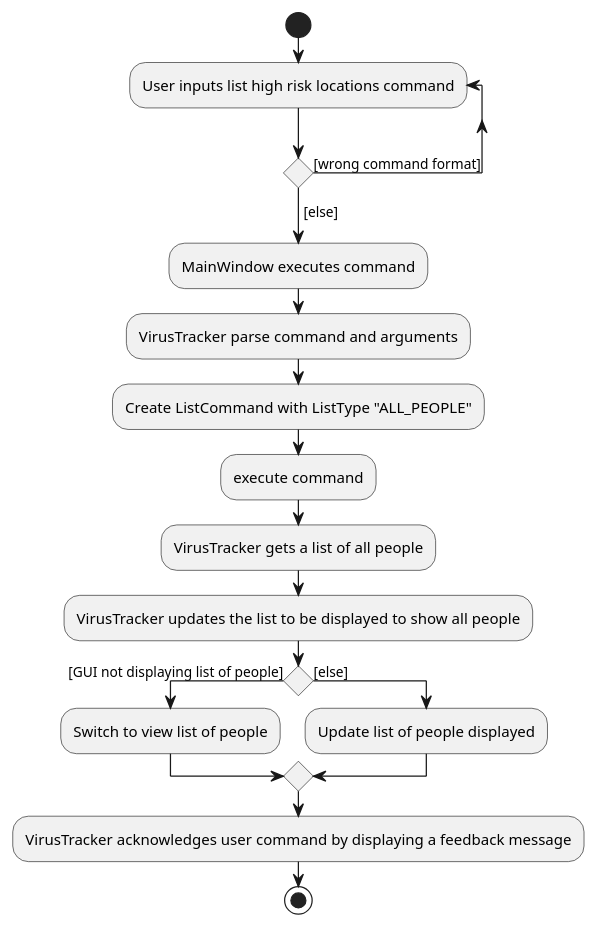
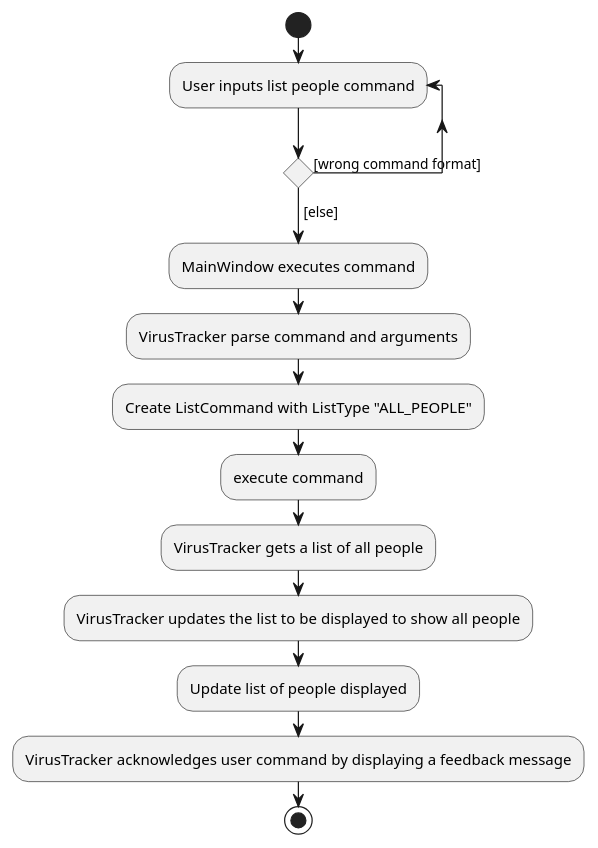
One commit to siangernlow/tp changed the diagram in docs/diagrams/DisplayListOfAllPeopleActivityDiagram.puml. Above: the diagram before and after it, drawn with PlantUML. The commit also changed 3 other files, not shown here.

```diff
--- a/docs/diagrams/DisplayListOfAllPeopleActivityDiagram.puml
+++ b/docs/diagrams/DisplayListOfAllPeopleActivityDiagram.puml
@@ -1,33 +1,29 @@
 @startuml
 start
 
 'Since the beta syntax does not support placing the condition outside the
 'diamond we place it as the true branch instead.
 
-repeat :User inputs list high risk locations command;
+repeat :User inputs list people command;
 repeat while () is ([wrong command format])
 ->[else];
 
 :MainWindow executes command;
 
 :VirusTracker parse command and arguments;
 
 :Create ListCommand with ListType "ALL_PEOPLE";
 
 :execute command;
 
 :VirusTracker gets a list of all people;
 
 :VirusTracker updates the list to be displayed to show all people;
 
-if () then ([GUI not displaying list of people])
-    :Switch to view list of people;
-else ([else])
-    :Update list of people displayed;
-endif
+:Update list of people displayed;
 
 :VirusTracker acknowledges user command by displaying a feedback message;
 
 stop
 
 @enduml
```
